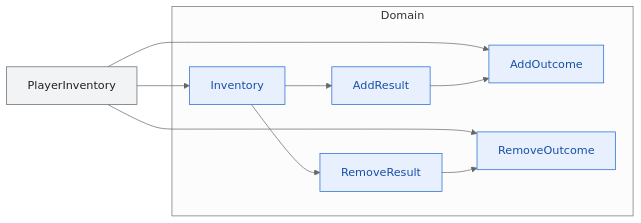
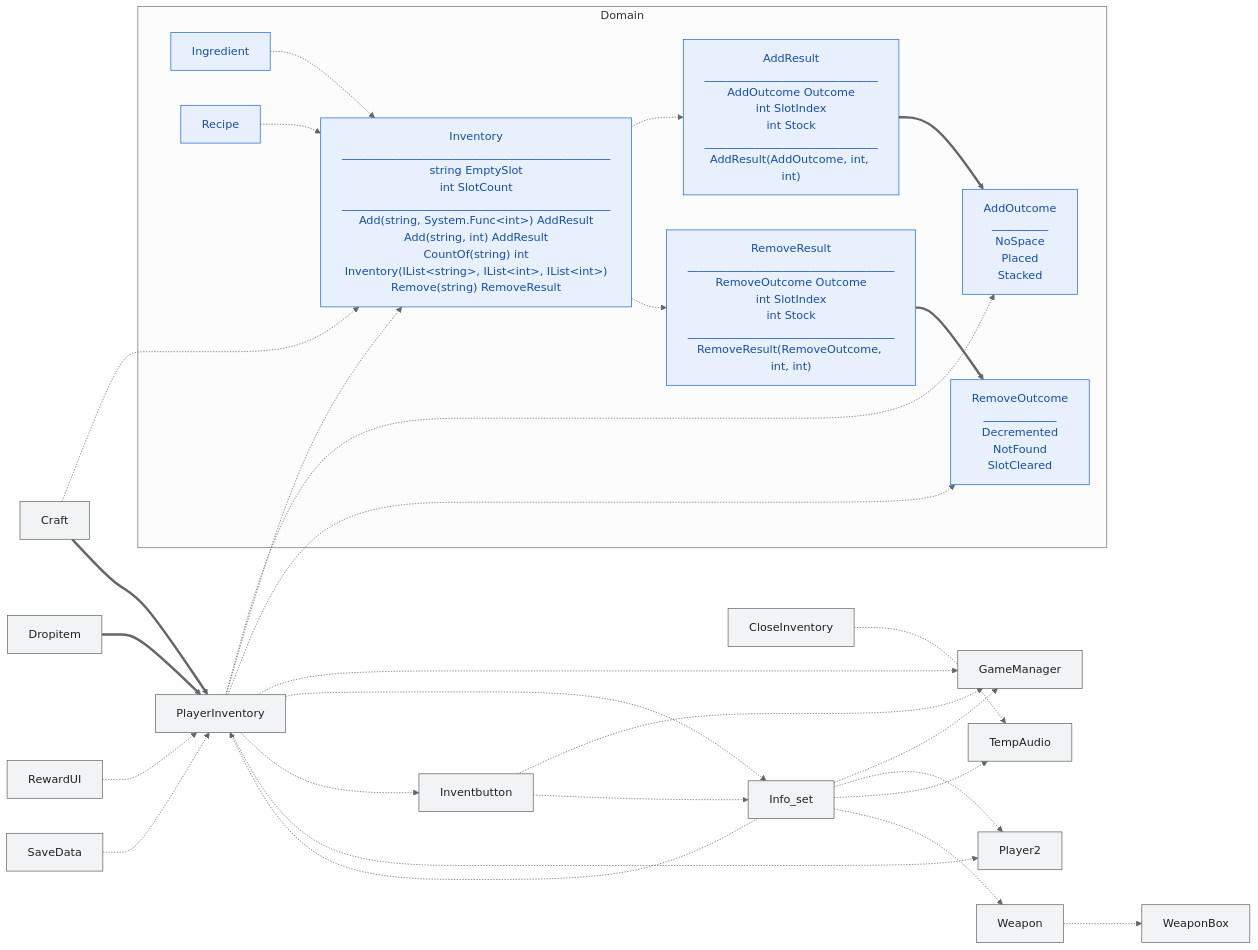
One commit to hukahirame/memorial-frontland changed the diagram in docs/dependencies-diagrams/inventory.md. Above: the diagram before and after it, drawn with Mermaid (neutral theme). The commit also changed other lines of this file and 18 other files, not shown here.

First line of the commit message:
refactor: 現状図を生成物にし、全62型を11の関心事に割り当てる

````diff
--- a/docs/dependencies-diagrams/inventory.md
+++ b/docs/dependencies-diagrams/inventory.md
@@ -10,23 +12,57 @@
 ```mermaid
 graph LR
   subgraph Domain
-    Inventory
-    AddResult
-    AddOutcome
-    RemoveResult
-    RemoveOutcome
+    AddOutcome["AddOutcome<br/>__________<br/>NoSpace<br/>Placed<br/>Stacked"]
+    AddResult["AddResult<br/>_______________________________<br/>AddOutcome Outcome<br/>int SlotIndex<br/>int Stock<br/>_______________________________<br/>AddResult(AddOutcome, int, int)"]
+    Ingredient
+    Inventory["Inventory<br/>________________________________________________<br/>string EmptySlot<br/>int SlotCount<br/>________________________________________________<br/>Add(string, System.Func&lt;int&gt;) AddResult<br/>Add(string, int) AddResult<br/>CountOf(string) int<br/>Inventory(IList&lt;string&gt;, IList&lt;int&gt;, IList&lt;int&gt;)<br/>Remove(string) RemoveResult"]
+    Recipe
+    RemoveOutcome["RemoveOutcome<br/>_____________<br/>Decremented<br/>NotFound<br/>SlotCleared"]
+    RemoveResult["RemoveResult<br/>_____________________________________<br/>RemoveOutcome Outcome<br/>int SlotIndex<br/>int Stock<br/>_____________________________________<br/>RemoveResult(RemoveOutcome, int, int)"]
   end
+  CloseInventory
+  Craft
+  Dropitem
+  GameManager
+  Info_set
+  Inventbutton
+  Player2
   PlayerInventory
-  PlayerInventory --> Inventory
-  PlayerInventory --> AddOutcome
-  PlayerInventory --> RemoveOutcome
-  Inventory --> AddResult
-  Inventory --> RemoveResult
-  AddResult --> AddOutcome
-  RemoveResult --> RemoveOutcome
+  RewardUI
+  SaveData
+  TempAudio
+  Weapon
+  WeaponBox
+  AddResult ==> AddOutcome
+  CloseInventory -.-> TempAudio
+  Craft -.-> Inventory
+  Craft ==> PlayerInventory
+  Dropitem ==> PlayerInventory
+  Info_set -.-> GameManager
+  Info_set -.-> Player2
+  Info_set -.-> PlayerInventory
+  Info_set -.-> TempAudio
+  Info_set -.-> Weapon
+  Ingredient -.-> Inventory
+  Inventbutton -.-> GameManager
+  Inventbutton -.-> Info_set
+  Inventory -.-> AddResult
+  Inventory -.-> RemoveResult
+  PlayerInventory -.-> AddOutcome
+  PlayerInventory -.-> GameManager
+  PlayerInventory -.-> Info_set
+  PlayerInventory -.-> Inventbutton
+  PlayerInventory -.-> Inventory
+  PlayerInventory -.-> Player2
+  PlayerInventory -.-> RemoveOutcome
+  Recipe -.-> Inventory
+  RemoveResult ==> RemoveOutcome
+  RewardUI -.-> PlayerInventory
+  SaveData -.-> PlayerInventory
+  Weapon -.-> WeaponBox
   classDef domain fill:#e8f0fe,stroke:#1967d2,color:#174ea6;
   classDef game   fill:#fef7e0,stroke:#b06000,color:#8a5300;
   classDef legacy fill:#f1f3f4,stroke:#5f6368,color:#202124;
-  class Inventory,AddResult,AddOutcome,RemoveResult,RemoveOutcome domain;
-  class PlayerInventory legacy;
+  class AddOutcome,AddResult,Ingredient,Inventory,Recipe,RemoveOutcome,RemoveResult domain;
+  class CloseInventory,Craft,Dropitem,GameManager,Info_set,Inventbutton,Player2,PlayerInventory,RewardUI,SaveData,TempAudio,Weapon,WeaponBox legacy;
 ```
````
